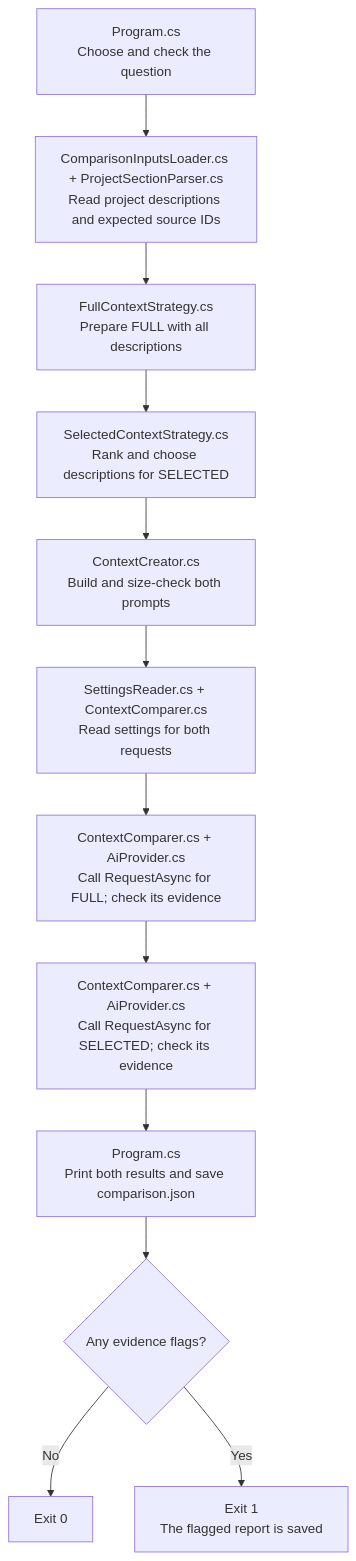
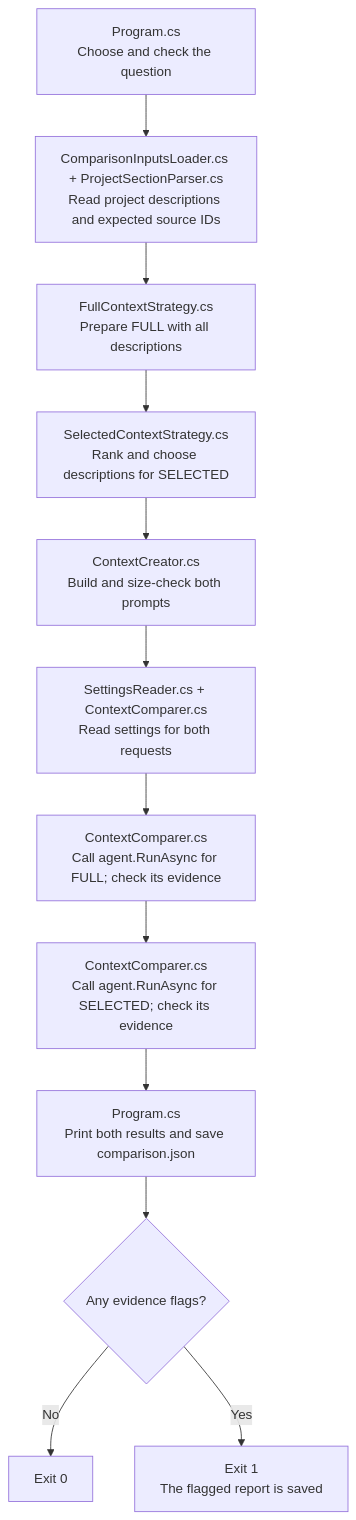
The diagram in 03-context-engineering/context-engineering/README.md (KhosroPakmanesh/ai-engineering-training), drawn with Mermaid before and after one commit. The commit also changed other lines of this file and 36 other files, not shown here.

````diff
--- a/03-context-engineering/context-engineering/README.md
+++ b/03-context-engineering/context-engineering/README.md
@@ -16,14 +16,14 @@
 ```mermaid
 flowchart TD
     A["Program.cs<br/>Choose and check the question"] --> B["ComparisonInputsLoader.cs + ProjectSectionParser.cs<br/>Read project descriptions and expected source IDs"]
     B --> C["FullContextStrategy.cs<br/>Prepare FULL with all descriptions"]
     C --> S["SelectedContextStrategy.cs<br/>Rank and choose descriptions for SELECTED"]
     S --> D["ContextCreator.cs<br/>Build and size-check both prompts"]
     D --> E["SettingsReader.cs + ContextComparer.cs<br/>Read settings for both requests"]
-    E --> F["ContextComparer.cs + AiProvider.cs<br/>Call RequestAsync for FULL; check its evidence"]
-    F --> G["ContextComparer.cs + AiProvider.cs<br/>Call RequestAsync for SELECTED; check its evidence"]
+    E --> F["ContextComparer.cs<br/>Call agent.RunAsync for FULL; check its evidence"]
+    F --> G["ContextComparer.cs<br/>Call agent.RunAsync for SELECTED; check its evidence"]
     G --> H["Program.cs<br/>Print both results and save comparison.json"]
     H --> I{"Any evidence flags?"}
     I -->|No| J["Exit 0"]
     I -->|Yes| K["Exit 1<br/>The flagged report is saved"]
 ```
````
